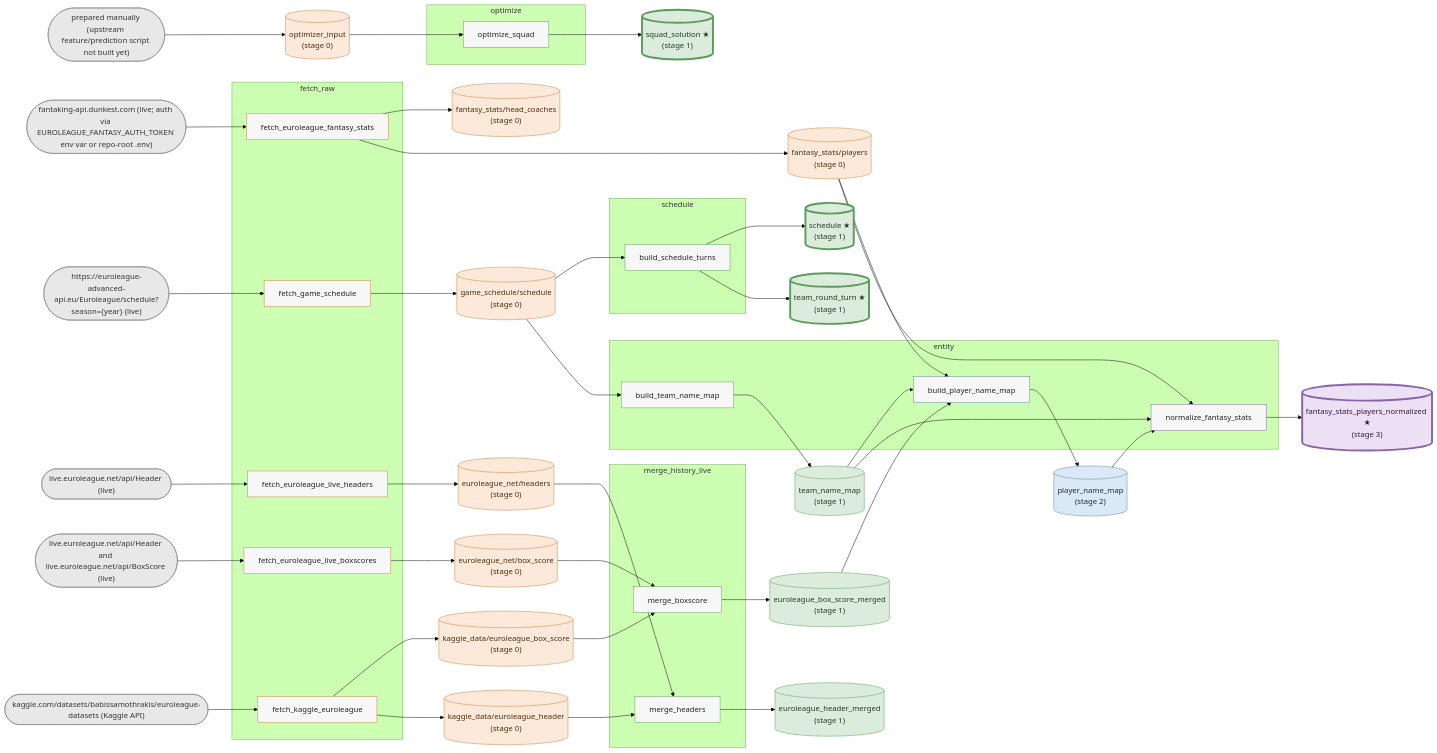
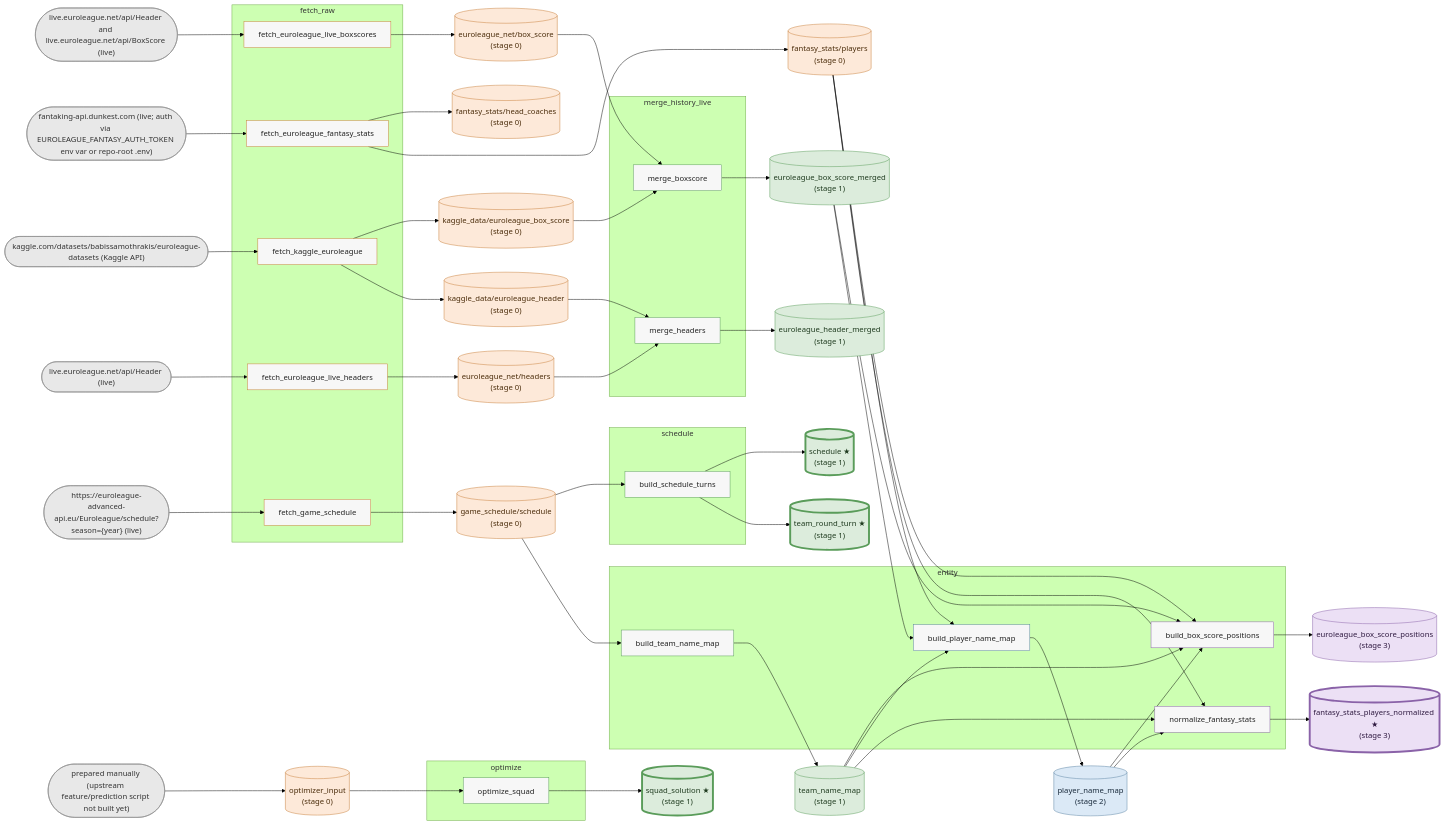
One commit to Takfes/indie-euroleague changed the diagram in docs/data-graph.md. Above: the diagram before and after it, drawn with Mermaid (forest theme). The commit also changed 6 other files, not shown here.

First line of the commit message:
feat(transform): add box score positions step

````diff
--- a/docs/data-graph.md
+++ b/docs/data-graph.md
@@ -16,6 +16,7 @@
 
     %% scripts
     subgraph p_entity["entity"]
+        s_build_box_score_positions["build_box_score_positions"]
         s_build_player_name_map["build_player_name_map"]
         s_build_team_name_map["build_team_name_map"]
         s_normalize_fantasy_stats["normalize_fantasy_stats"]
@@ -54,12 +55,15 @@
     d_team_name_map[("team_name_map<br/>(stage 1)")]
     d_team_round_turn[("team_round_turn ★<br/>(stage 1)")]
     d_player_name_map[("player_name_map<br/>(stage 2)")]
+    d_euroleague_box_score_positions[("euroleague_box_score_positions<br/>(stage 3)")]
     d_fantasy_stats_players_normalized[("fantasy_stats_players_normalized ★<br/>(stage 3)")]
 
     %% edges
+    d_euroleague_box_score_merged --> s_build_box_score_positions
     d_euroleague_box_score_merged --> s_build_player_name_map
     d_euroleague_net_box_score --> s_merge_boxscore
     d_euroleague_net_headers --> s_merge_headers
+    d_fantasy_stats_players --> s_build_box_score_positions
     d_fantasy_stats_players --> s_build_player_name_map
     d_fantasy_stats_players --> s_normalize_fantasy_stats
     d_game_schedule_schedule --> s_build_schedule_turns
@@ -67,9 +71,12 @@
     d_kaggle_data_euroleague_box_score --> s_merge_boxscore
     d_kaggle_data_euroleague_header --> s_merge_headers
     d_optimizer_input --> s_optimize_squad
+    d_player_name_map --> s_build_box_score_positions
     d_player_name_map --> s_normalize_fantasy_stats
+    d_team_name_map --> s_build_box_score_positions
     d_team_name_map --> s_build_player_name_map
     d_team_name_map --> s_normalize_fantasy_stats
+    s_build_box_score_positions --> d_euroleague_box_score_positions
     s_build_player_name_map --> d_player_name_map
     s_build_schedule_turns --> d_schedule
     s_build_schedule_turns --> d_team_round_turn
@@ -102,15 +109,17 @@
     classDef stage1 fill:#dcecdc,stroke:#5a9c5a,color:#1e3a1e
     classDef stage1_final fill:#dcecdc,stroke:#5a9c5a,color:#1e3a1e,stroke-width:4px
     classDef stage2 fill:#dbe9f6,stroke:#5b84a3,color:#1a2b3c
+    classDef stage3 fill:#ece0f5,stroke:#8a62a8,color:#2f1a40
     classDef stage3_final fill:#ece0f5,stroke:#8a62a8,color:#2f1a40,stroke-width:4px
     class s_fetch_euroleague_fantasy_stats,s_fetch_euroleague_live_boxscores,s_fetch_euroleague_live_headers,s_fetch_game_schedule,s_fetch_kaggle_euroleague script_stage0
     class s_build_schedule_turns,s_build_team_name_map,s_merge_boxscore,s_merge_headers,s_optimize_squad script_stage1
     class s_build_player_name_map script_stage2
-    class s_normalize_fantasy_stats script_stage3
+    class s_build_box_score_positions,s_normalize_fantasy_stats script_stage3
     class x_fantaking_api_dunkest_com__live__auth_via_EUROLEAGUE_FANTASY_AUTH_TOKEN_env_var_or_repo_root__env_,x_https___euroleague_advanced_api_eu_Euroleague_schedule_season__year___live_,x_kaggle_com_datasets_babissamothrakis_euroleague_datasets__Kaggle_API_,x_live_euroleague_net_api_Header__live_,x_live_euroleague_net_api_Header_and_live_euroleague_net_api_BoxScore__live_,x_prepared_manually__upstream_feature_prediction_script_not_built_yet_ source
     class d_euroleague_net_box_score,d_euroleague_net_headers,d_fantasy_stats_head_coaches,d_fantasy_stats_players,d_game_schedule_schedule,d_kaggle_data_euroleague_box_score,d_kaggle_data_euroleague_header,d_optimizer_input stage0
     class d_euroleague_box_score_merged,d_euroleague_header_merged,d_team_name_map stage1
     class d_schedule,d_squad_solution,d_team_round_turn stage1_final
     class d_player_name_map stage2
+    class d_euroleague_box_score_positions stage3
     class d_fantasy_stats_players_normalized stage3_final
 ```
````
